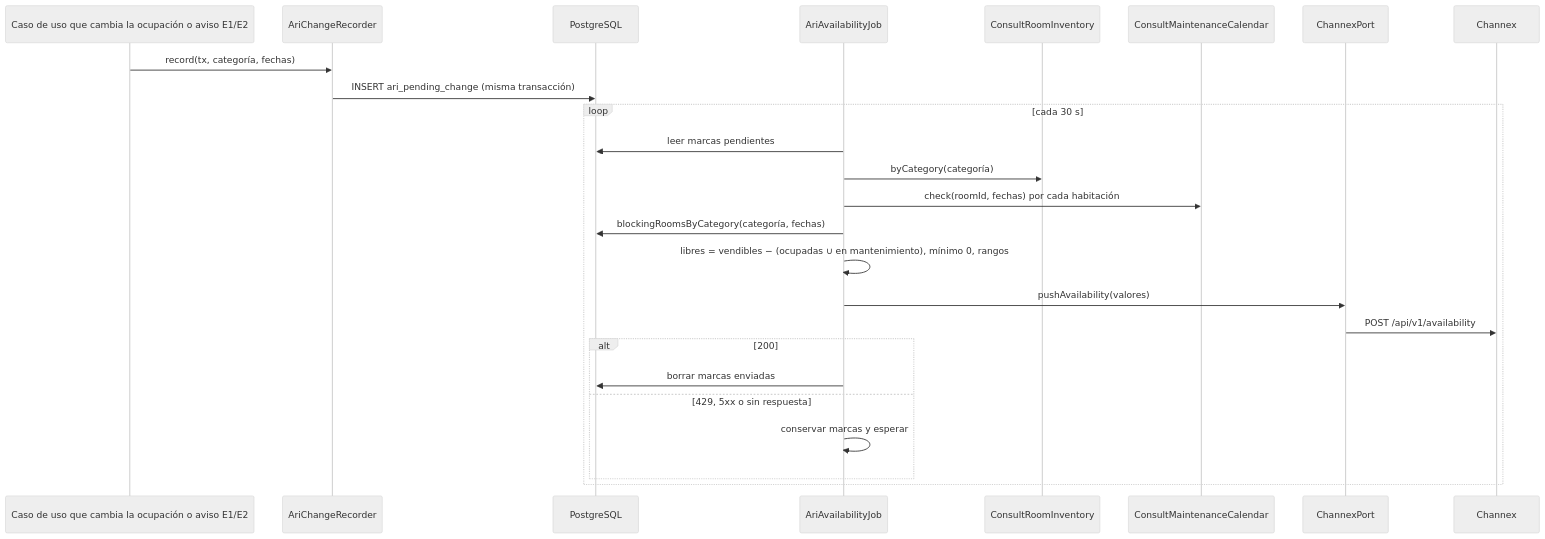
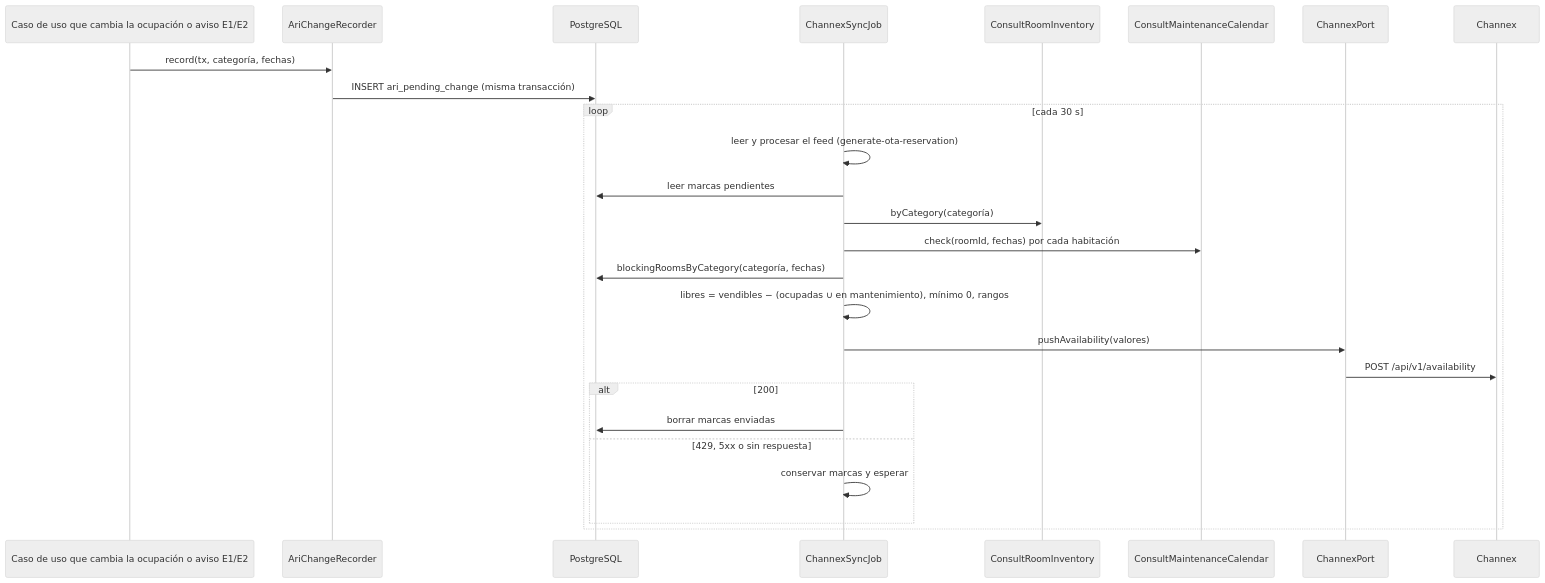
The second of 2 diagrams in specs/configure-ota/plan.md (Lapicero312-lapi/HOSPITUA-MOD-2), drawn with Mermaid (neutral theme) before and after one commit. The commit also changed other lines of this file and 4 other files, not shown here.

Commit message:
docs(specs): alinea la integración con la documentación de Channex (feed antes de la disponibilidad cada 30 s, paginación del feed, pausa ante 429, filtros y límites de room types)

````diff
--- a/specs/configure-ota/plan.md
+++ b/specs/configure-ota/plan.md
@@ -323,28 +347,29 @@
 ```mermaid
 sequenceDiagram
     participant X as Caso de uso que cambia la ocupación o aviso E1/E2
     participant R as AriChangeRecorder
     participant DB as PostgreSQL
-    participant J as AriAvailabilityJob
+    participant J as ChannexSyncJob
     participant I as ConsultRoomInventory
     participant K as ConsultMaintenanceCalendar
     participant P as ChannexPort
     participant CX as Channex
 
     X->>R: record(tx, categoría, fechas)
     R->>DB: INSERT ari_pending_change (misma transacción)
     loop cada 30 s
+        J->>J: leer y procesar el feed (generate-ota-reservation)
         J->>DB: leer marcas pendientes
         J->>I: byCategory(categoría)
         J->>K: check(roomId, fechas) por cada habitación
         J->>DB: blockingRoomsByCategory(categoría, fechas)
         J->>J: libres = vendibles − (ocupadas ∪ en mantenimiento), mínimo 0, rangos
         J->>P: pushAvailability(valores)
         P->>CX: POST /api/v1/availability
         alt 200
             J->>DB: borrar marcas enviadas
         else 429, 5xx o sin respuesta
             J->>J: conservar marcas y esperar
         end
     end
 ```
````
